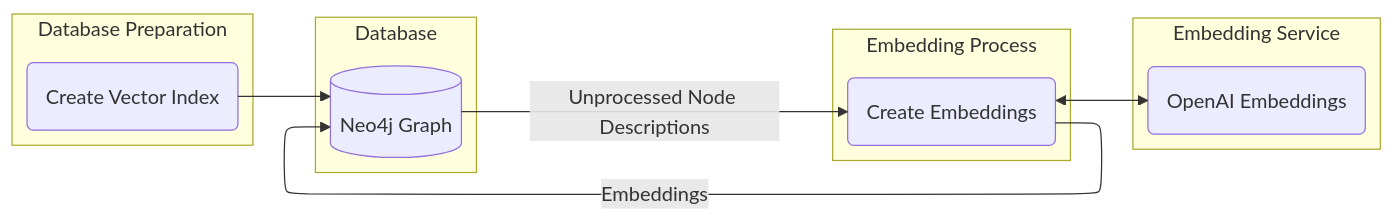
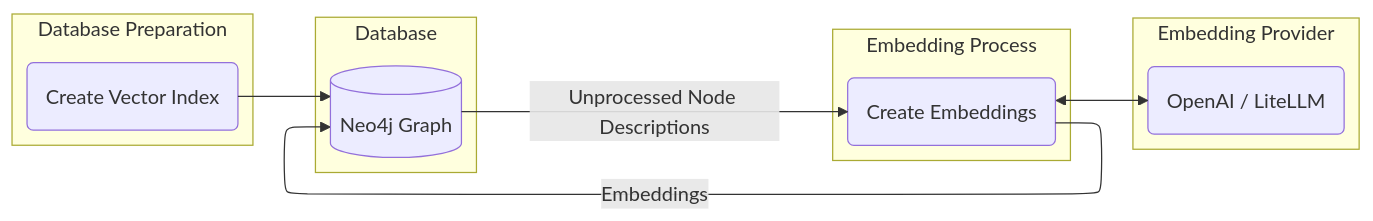
One commit to neo4j-labs/neocarta changed the seventh of 9 diagrams in README.md. Above: the diagram before and after it, drawn with Mermaid. The commit also changed other lines of this file, not shown here.

````diff
--- a/README.md
+++ b/README.md
@@ -548,30 +552,30 @@
 ```mermaid
 ---
 config:
     layout: elk
 ---
 graph LR
 
     subgraph D["Database Preparation"]
         VI(Create Vector Index)
     end
 
-    subgraph ES["Embedding Service"]
-        E(OpenAI Embeddings)
+    subgraph ES["Embedding Provider"]
+        E(OpenAI / LiteLLM)
     end
 
     subgraph Graph["Database"]
         NEO[(Neo4j Graph)]
     end
 
     subgraph EP["Embedding Process"]
         C(Create Embeddings) 
     end
     
     VI-->NEO
 
     C<-->E
 
     NEO-->|Unprocessed Node Descriptions|C
     C-->|Embeddings|NEO
 ```
````
